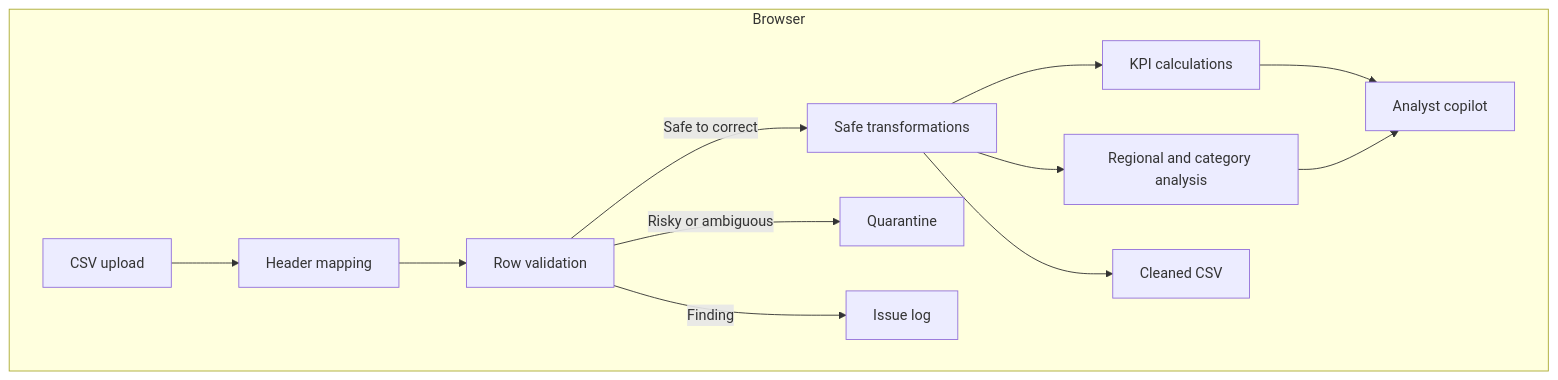
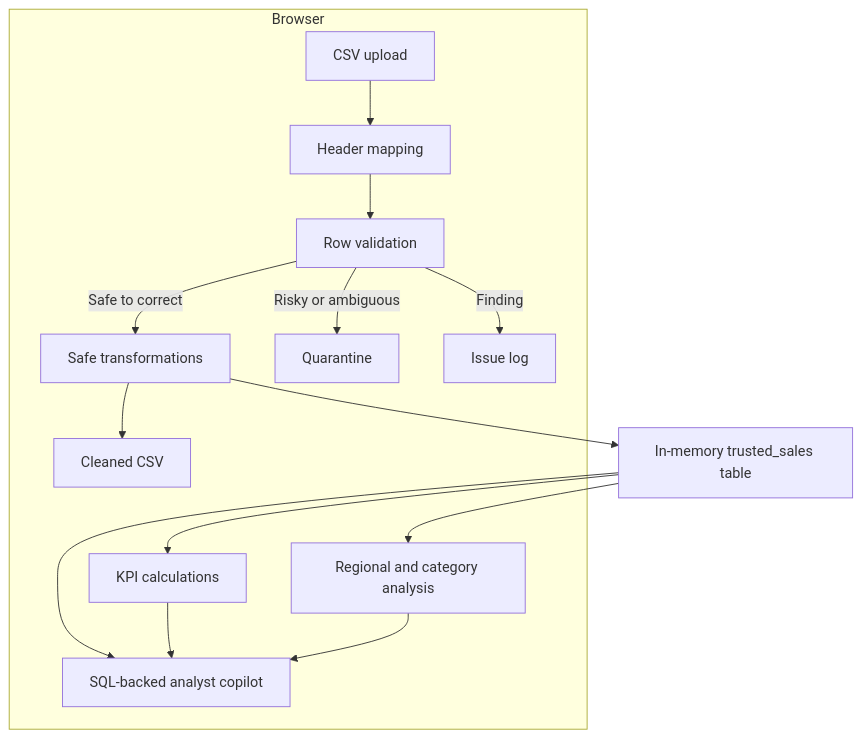
The diagram in docs/PROJECT_REPORT.md (krishnamvwala/pulseops-forward-deployed-analytics), drawn with Mermaid before and after one commit. The commit also changed other lines of this file and 9 other files, not shown here.

Commit message:
Add SQL-backed analyst queries

````diff
--- a/docs/PROJECT_REPORT.md
+++ b/docs/PROJECT_REPORT.md
@@ -43,25 +43,27 @@
 ```mermaid
 flowchart TB
     subgraph Browser
         A[CSV upload]
         B[Header mapping]
         C[Row validation]
         D[Safe transformations]
         I[Quarantine]
         J[Cleaned CSV]
         E[KPI calculations]
         F[Regional and category analysis]
-        G[Analyst copilot]
+        G[SQL-backed analyst copilot]
         H[Issue log]
     end
 
     A --> B --> C
     C -->|Safe to correct| D
     C -->|Risky or ambiguous| I
     C -->|Finding| H
-    D --> E
-    D --> F
+    D --> K[In-memory trusted_sales table]
+    K --> E
+    K --> F
+    K --> G
     D --> J
     E --> G
     F --> G
 ```
````
